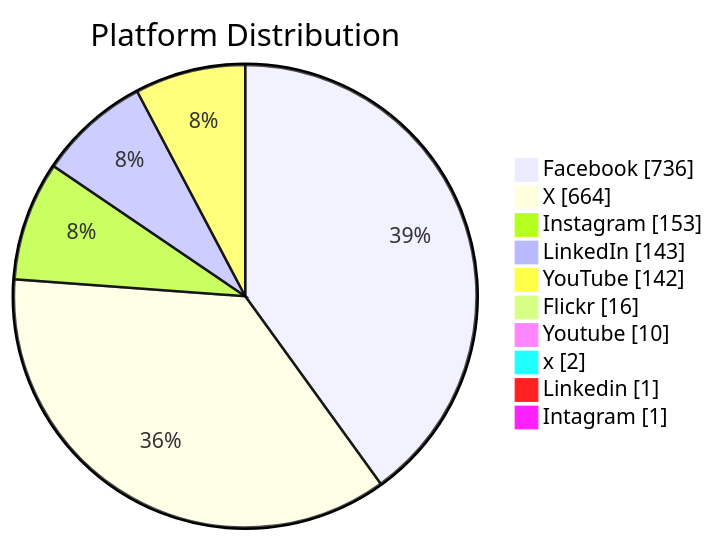
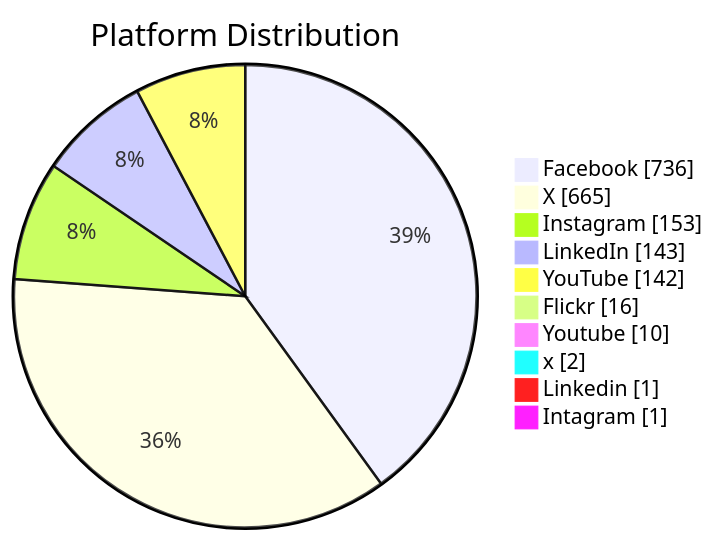
Before and after one commit to PatLittle/GC-Socials: the fourth of 8 diagrams in README.md, drawn with Mermaid. The commit also changed other lines of this file, not shown here.

Commit message:
Update README with Platform Distribution pie chart

````diff
--- a/README.md
+++ b/README.md
@@ -144,13 +146,13 @@
 ```mermaid
 pie showData title Platform Distribution
     "Facebook": 736
-    "X": 664
+    "X": 665
     "Instagram": 153
     "LinkedIn": 143
     "YouTube": 142
     "Flickr": 16
     "Youtube": 10
     "x": 2
     "Linkedin": 1
     "Intagram": 1
 ```
````
